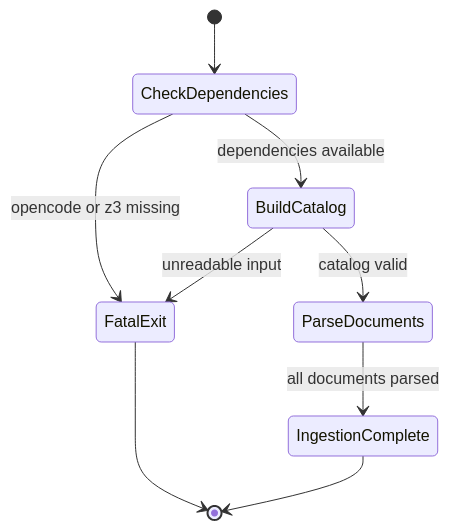
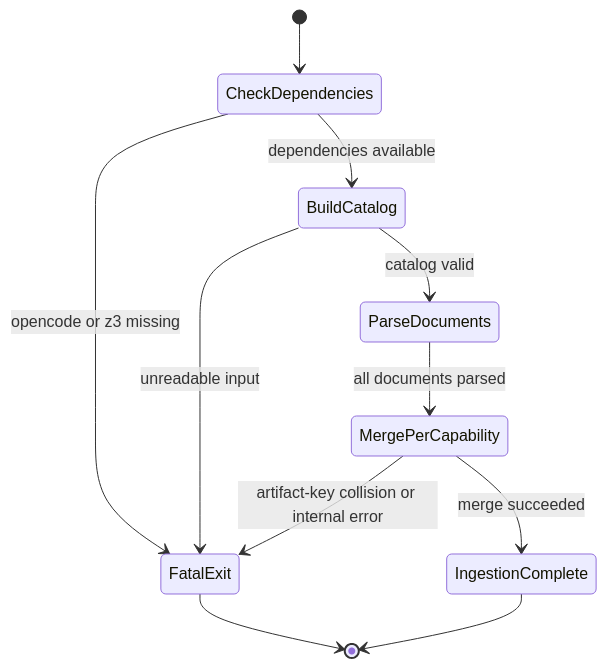
Before and after one commit to ohpauleez/spec-check: the fifth of 13 diagrams in docs/design.md, drawn with Mermaid. The commit also changed other lines of this file and 48 other files, not shown here.

````diff
--- a/docs/design.md
+++ b/docs/design.md
@@ -642,11 +658,13 @@
 ```mermaid
 stateDiagram-v2
     [*] --> CheckDependencies
     CheckDependencies --> FatalExit: opencode or z3 missing
     CheckDependencies --> BuildCatalog: dependencies available
     BuildCatalog --> FatalExit: unreadable input
     BuildCatalog --> ParseDocuments: catalog valid
-    ParseDocuments --> IngestionComplete: all documents parsed
+    ParseDocuments --> MergePerCapability: all documents parsed
+    MergePerCapability --> FatalExit: artifact-key collision or internal error
+    MergePerCapability --> IngestionComplete: merge succeeded
     IngestionComplete --> [*]
     FatalExit --> [*]
 ```
````
